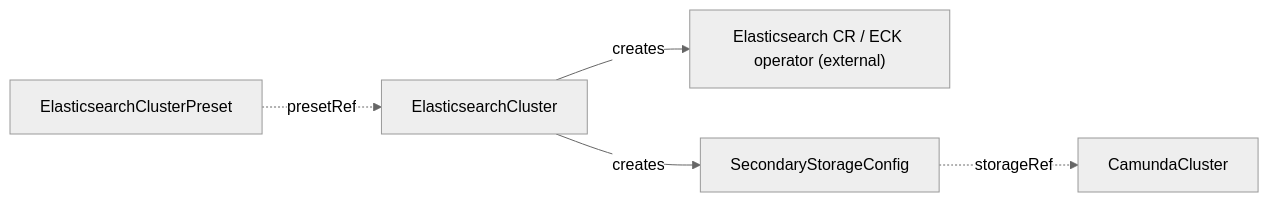
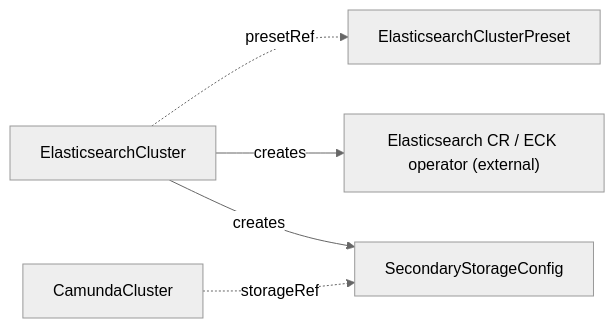
Before and after one commit to konsole-is/camunda-operator: the diagram in docs/crds/elasticsearchcluster.md, drawn with Mermaid (neutral theme). The commit also changed 1 other file, not shown here.

Commit message:
docs: fix dotted-edge direction in storage diagrams (#5)
Dotted mermaid edges must run referencing-CR -> referenced-CR:
Database -> DatabaseServerConfig (serverRef), ElasticsearchCluster ->
ElasticsearchClusterPreset (presetRef), and CamundaCluster ->
SecondaryStorageConfig (storageRef) in both diagrams.

````diff
--- a/docs/crds/elasticsearchcluster.md
+++ b/docs/crds/elasticsearchcluster.md
@@ -28,7 +28,7 @@
 ```mermaid
 graph LR
-    ESCP[ElasticsearchClusterPreset] -.->|presetRef| ESC[ElasticsearchCluster]
+    ESC[ElasticsearchCluster] -.->|presetRef| ESCP[ElasticsearchClusterPreset]
     ESC -->|creates| ECK["Elasticsearch CR / ECK operator (external)"]
     ESC -->|creates| SSC[SecondaryStorageConfig]
-    SSC -.->|storageRef| CC[CamundaCluster]
+    CC[CamundaCluster] -.->|storageRef| SSC
 ```
````
